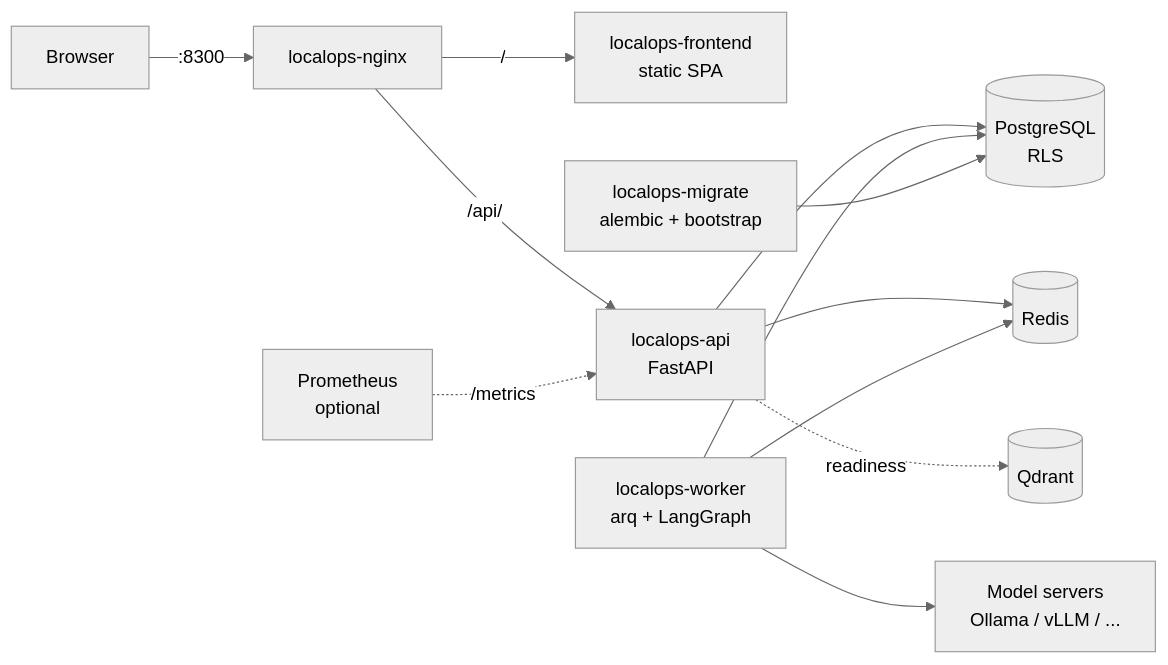
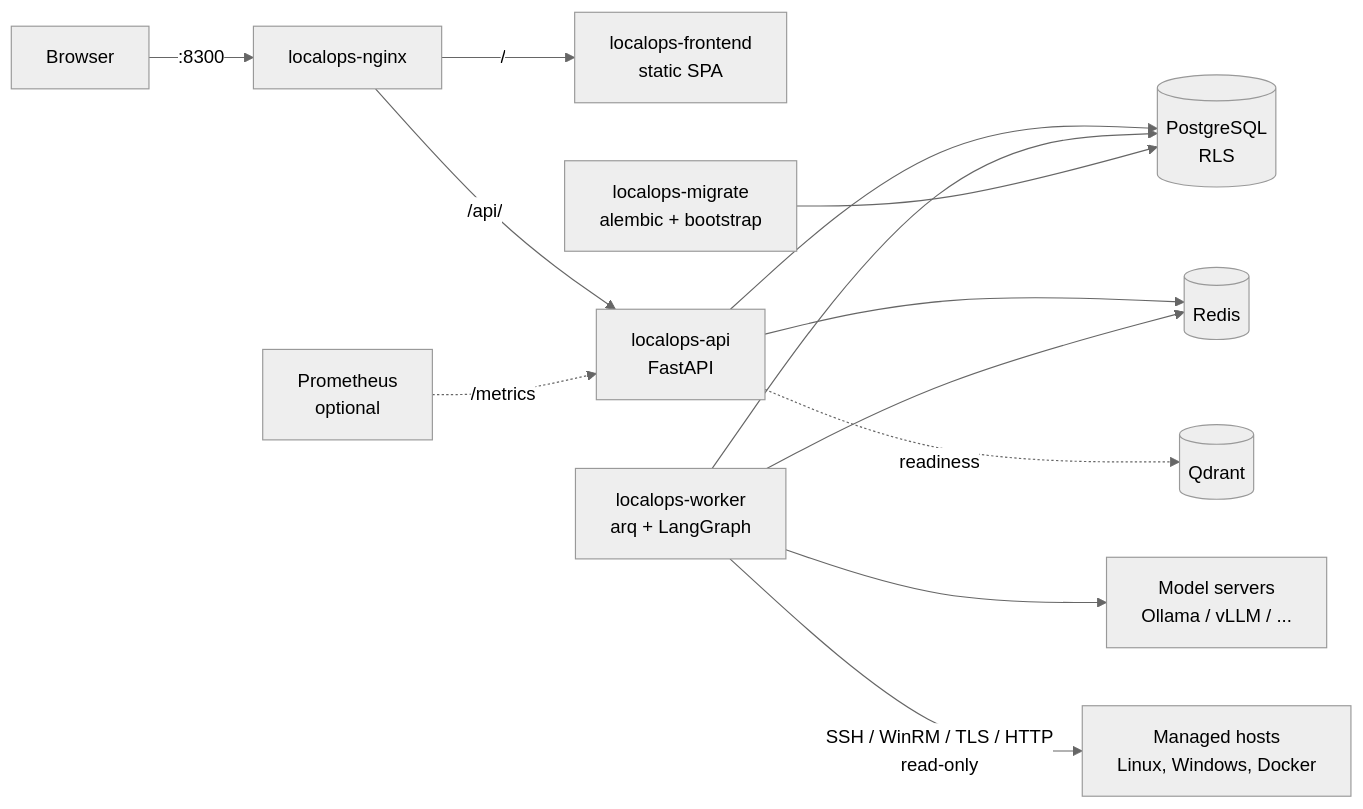
One commit to mkamranr/localops changed the diagram in docs/architecture.md. Above: the diagram before and after it, drawn with Mermaid (neutral theme). The commit also changed other lines of this file and 68 other files, not shown here.

````diff
--- a/docs/architecture.md
+++ b/docs/architecture.md
@@ -6,14 +6,15 @@
 ```mermaid
 flowchart LR
     U[Browser] -->|:8300| NGINX[localops-nginx]
     NGINX -->|/| FE[localops-frontend<br/>static SPA]
     NGINX -->|/api/| API[localops-api<br/>FastAPI]
     API --> PG[(PostgreSQL<br/>RLS)]
     API --> REDIS[(Redis)]
     API -.readiness.-> QD[(Qdrant)]
     WORKER[localops-worker<br/>arq + LangGraph] --> REDIS
     WORKER --> PG
     WORKER --> LLM[Model servers<br/>Ollama / vLLM / ...]
+    WORKER -->|SSH / WinRM / TLS / HTTP<br/>read-only| TGT[Managed hosts<br/>Linux, Windows, Docker]
     MIGRATE[localops-migrate<br/>alembic + bootstrap] --> PG
     PROM[Prometheus<br/>optional] -.->|/metrics| API
 ```
````
